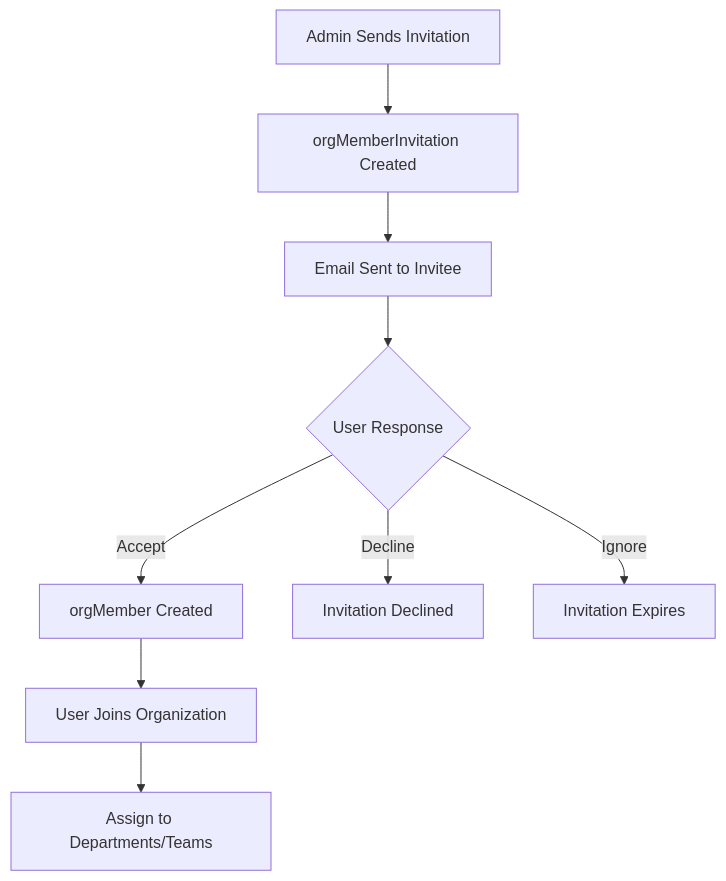
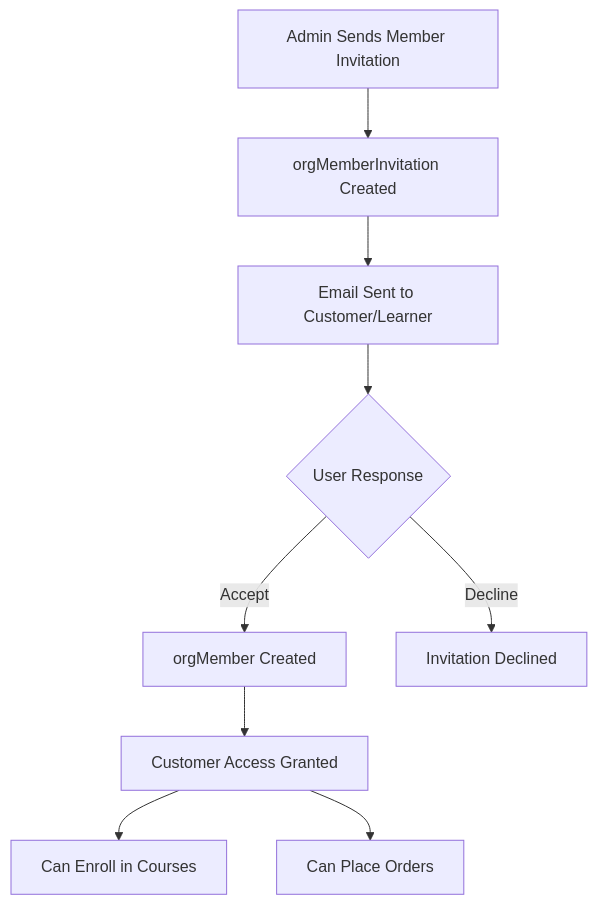
The second of 4 diagrams in apps/volmify/src/server/libs/db/schema/org/member/README.md (DreamEcho100/maze), drawn with Mermaid before and after one commit. The commit also changed other lines of this file and 50 other files, not shown here.

First line of the commit message:
Refactor user profile schema and relations

````diff
--- a/apps/volmify/src/server/libs/db/schema/org/member/README.md
+++ b/apps/volmify/src/server/libs/db/schema/org/member/README.md
@@ -229,11 +315,11 @@
 ```mermaid
 graph TD
-    A[Admin Sends Invitation] --> B[orgMemberInvitation Created]
-    B --> C[Email Sent to Invitee]
+    A[Admin Sends Member Invitation] --> B[orgMemberInvitation Created]
+    B --> C[Email Sent to Customer/Learner]
     C --> D{User Response}
     D -->|Accept| E[orgMember Created]
     D -->|Decline| F[Invitation Declined]
-    D -->|Ignore| G[Invitation Expires]
-    E --> H[User Joins Organization]
-    H --> I[Assign to Departments/Teams]
+    E --> G[Customer Access Granted]
+    G --> H[Can Enroll in Courses]
+    G --> J[Can Place Orders]
 ```
````
